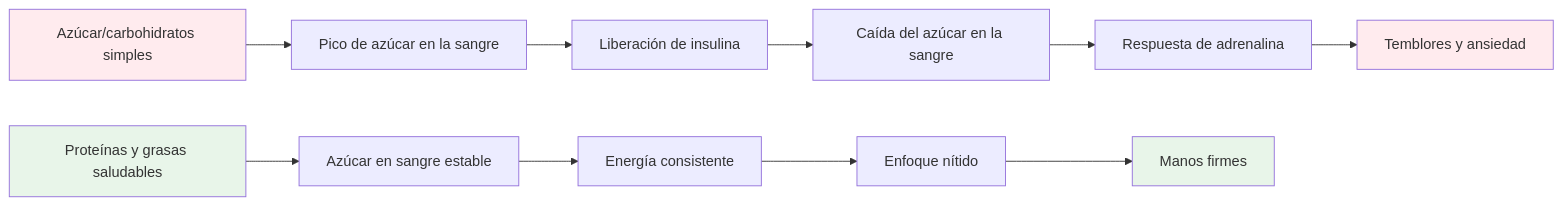
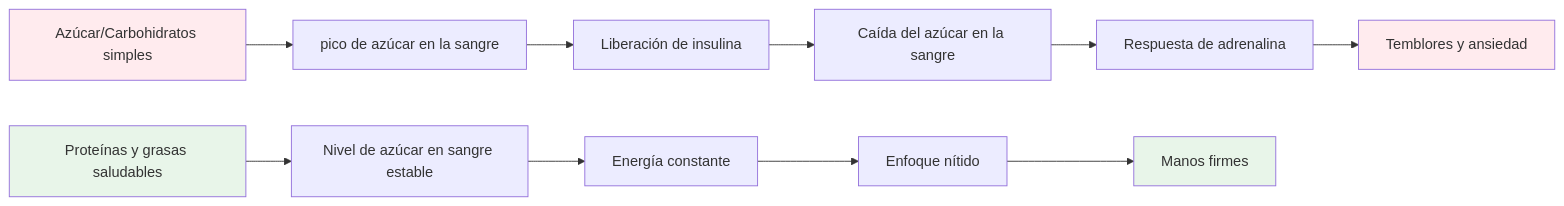
One commit to patwii/petanque-academy changed the first of 2 diagrams in docs/es/education/nutrition/index.md. Above: the diagram before and after it, drawn with Mermaid. The commit also changed other lines of this file and 32 other files, not shown here.

````diff
--- a/docs/es/education/nutrition/index.md
+++ b/docs/es/education/nutrition/index.md
@@ -9,18 +9,18 @@
 ```mermaid
 graph LR
-    A[Azúcar/carbohidratos simples] --> B[Pico de azúcar en la sangre]
+    A[Azúcar/Carbohidratos simples] --> B[pico de azúcar en la sangre]
     B --> C[Liberación de insulina]
     C --> D[Caída del azúcar en la sangre]
     D --> E[Respuesta de adrenalina]
     E --> F[Temblores y ansiedad]
 
-    G[Proteínas y grasas saludables] --> H[Azúcar en sangre estable]
-    H --> I[Energía consistente]
+    G[Proteínas y grasas saludables] --> H[Nivel de azúcar en sangre estable]
+    H --> I[Energía constante]
     I --> J[Enfoque nítido]
     J --> K[Manos firmes]
 
     style A fill:#ffebee
     style F fill:#ffebee
     style G fill:#e8f5e9
     style K fill:#e8f5e9
 ```
````
